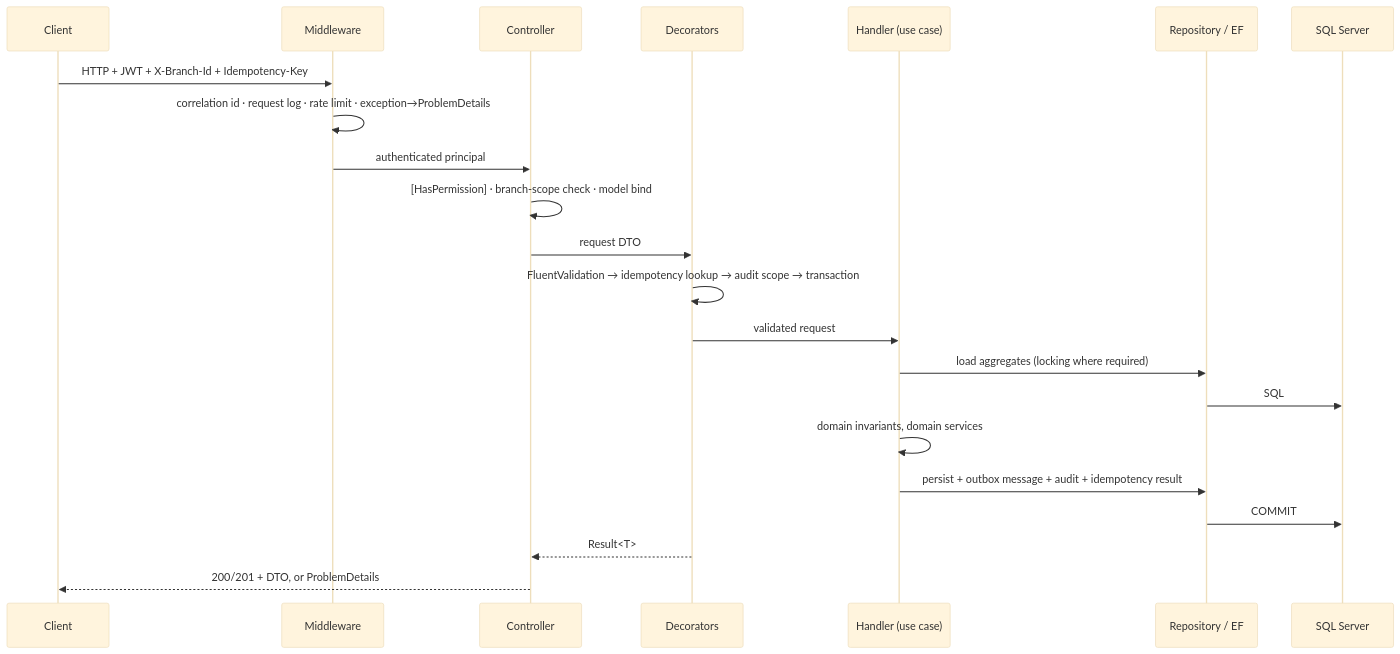
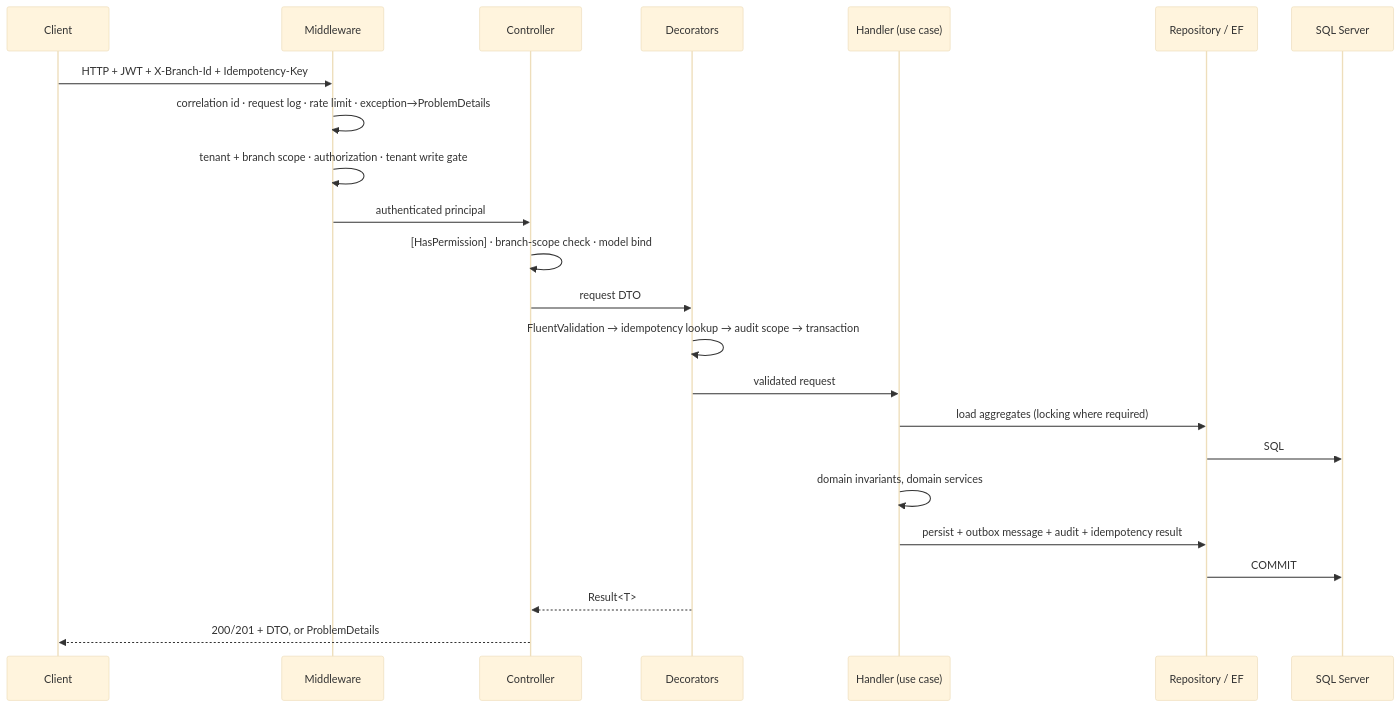
One commit to ashikeu/pos-system changed the fourth of 8 diagrams in docs/03-architecture.md. Above: the diagram before and after it, drawn with Mermaid (base theme). The commit also changed other lines of this file and 62 other files, not shown here.

````diff
--- a/docs/03-architecture.md
+++ b/docs/03-architecture.md
@@ -125,25 +125,26 @@
 ```mermaid
 sequenceDiagram
   participant C as Client
   participant M as Middleware
   participant Ctl as Controller
   participant D as Decorators
   participant H as Handler (use case)
   participant R as Repository / EF
   participant DB as SQL Server
 
   C->>M: HTTP + JWT + X-Branch-Id + Idempotency-Key
   M->>M: correlation id · request log · rate limit · exception→ProblemDetails
+  M->>M: tenant + branch scope · authorization · tenant write gate
   M->>Ctl: authenticated principal
   Ctl->>Ctl: [HasPermission] · branch-scope check · model bind
   Ctl->>D: request DTO
   D->>D: FluentValidation → idempotency lookup → audit scope → transaction
   D->>H: validated request
   H->>R: load aggregates (locking where required)
   R->>DB: SQL
   H->>H: domain invariants, domain services
   H->>R: persist + outbox message + audit + idempotency result
   R->>DB: COMMIT
   D-->>Ctl: Result<T>
   Ctl-->>C: 200/201 + DTO, or ProblemDetails
 ```
````
